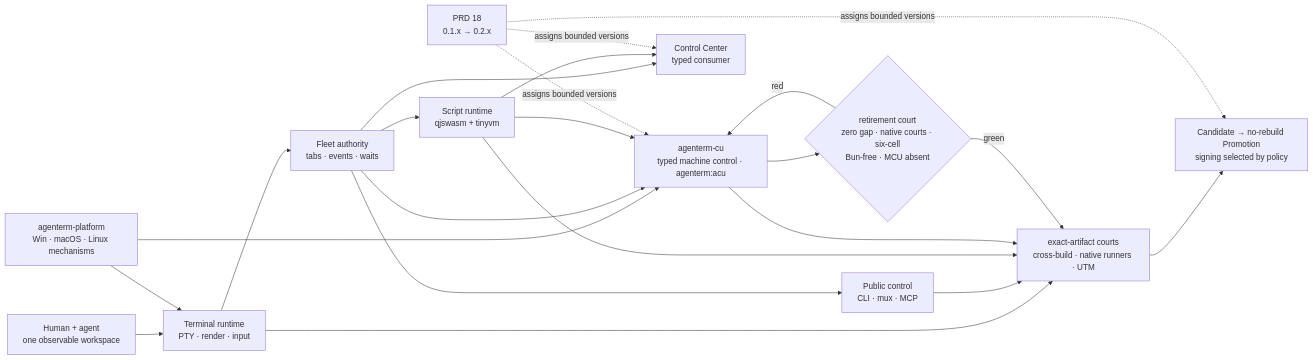
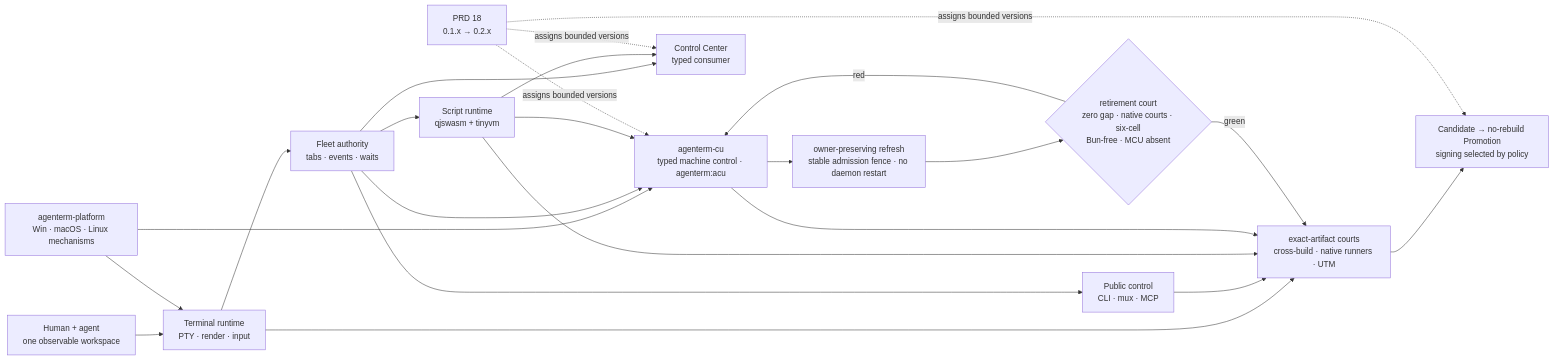
One commit to partnernetsoftware/agenterm changed the diagram in PRD.md. Above: the diagram before and after it, drawn with Mermaid. The commit also changed 19 other files, not shown here.

````diff
--- a/PRD.md
+++ b/PRD.md
@@ -172,24 +172,26 @@
 ```mermaid
 flowchart LR
   U["Human + agent<br/>one observable workspace"]
   TERM["Terminal runtime<br/>PTY · render · input"]
   FLEET["Fleet authority<br/>tabs · events · waits"]
   CLI["Public control<br/>CLI · mux · MCP"]
   SCRIPT["Script runtime<br/>qjswasm + tinyvm"]
   CU["agenterm-cu<br/>typed machine control · agenterm:acu"]
+  REFRESH["owner-preserving refresh<br/>stable admission fence · no daemon restart"]
   PLATFORM["agenterm-platform<br/>Win · macOS · Linux mechanisms"]
   CC["Control Center<br/>typed consumer"]
   EVIDENCE["exact-artifact courts<br/>cross-build · native runners · UTM"]
   RELEASE["Candidate → no-rebuild Promotion<br/>signing selected by policy"]
   ROAD["PRD 18<br/>0.1.x → 0.2.x"]
 
   U --> TERM --> FLEET --> CLI
   PLATFORM --> TERM & CU
+  CU --> REFRESH
   FLEET --> SCRIPT & CU & CC
   SCRIPT --> CU & CC
   TERM & CLI & SCRIPT & CU --> EVIDENCE --> RELEASE
-  CU --> RETIRE{"retirement court<br/>zero gap · native courts · six-cell<br/>Bun-free · MCU absent"}
+  REFRESH --> RETIRE{"retirement court<br/>zero gap · native courts · six-cell<br/>Bun-free · MCU absent"}
   RETIRE -->|red| CU
   RETIRE -->|green| EVIDENCE
   ROAD -. assigns bounded versions .-> CU & CC & RELEASE
 ```
````
